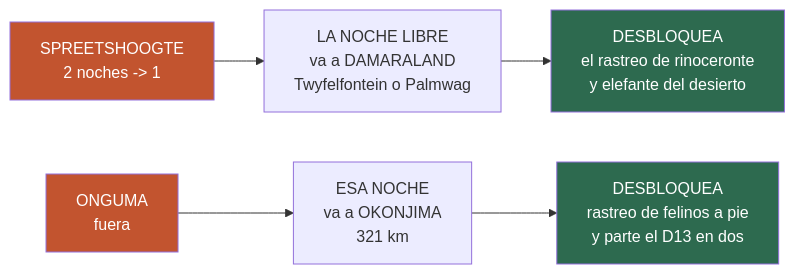
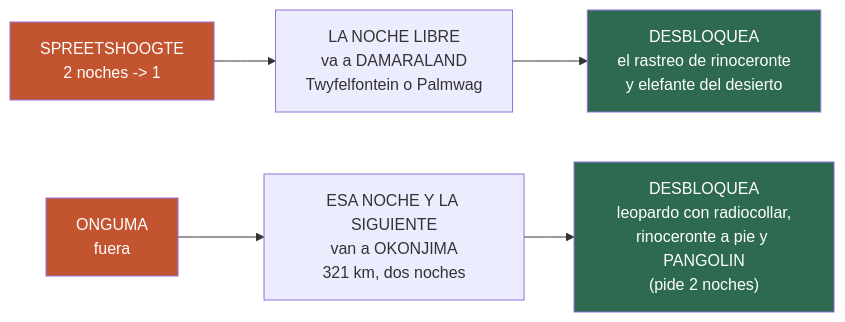
The diagram in 24-ruta-alternativa.md (morandeirachema/namibia), drawn with Mermaid before and after one commit. The commit also changed other lines of this file and 2 other files, not shown here.

````diff
--- a/24-ruta-alternativa.md
+++ b/24-ruta-alternativa.md
@@ -63,12 +65,12 @@
 ```mermaid
 flowchart LR
 %% ancho
     A["SPREETSHOOGTE<br/>2 noches -> 1"] --> B["LA NOCHE LIBRE<br/>va a DAMARALAND<br/>Twyfelfontein o Palmwag"]
     B --> C["DESBLOQUEA<br/>el rastreo de rinoceronte<br/>y elefante del desierto"]
-    D["ONGUMA<br/>fuera"] --> E["ESA NOCHE<br/>va a OKONJIMA<br/>321 km"]
-    E --> F["DESBLOQUEA<br/>rastreo de felinos a pie<br/>y parte el D13 en dos"]
+    D["ONGUMA<br/>fuera"] --> E["ESA NOCHE Y LA SIGUIENTE<br/>van a OKONJIMA<br/>321 km, dos noches"]
+    E --> F["DESBLOQUEA<br/>leopardo con radiocollar,<br/>rinoceronte a pie y PANGOLIN<br/>(pide 2 noches)"]
     style A fill:#C2542F,color:#fff
     style D fill:#C2542F,color:#fff
     style C fill:#2d6a4f,color:#fff
     style F fill:#2d6a4f,color:#fff
 ```
````
